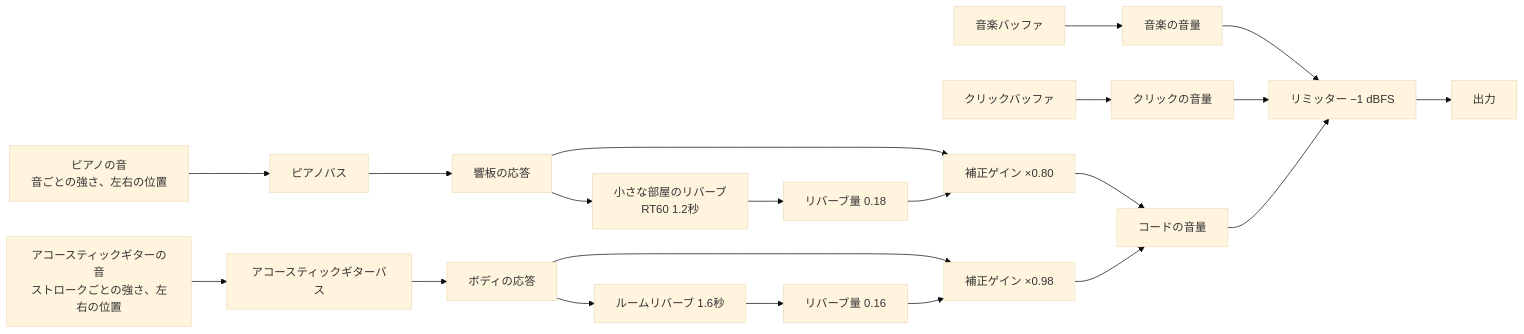
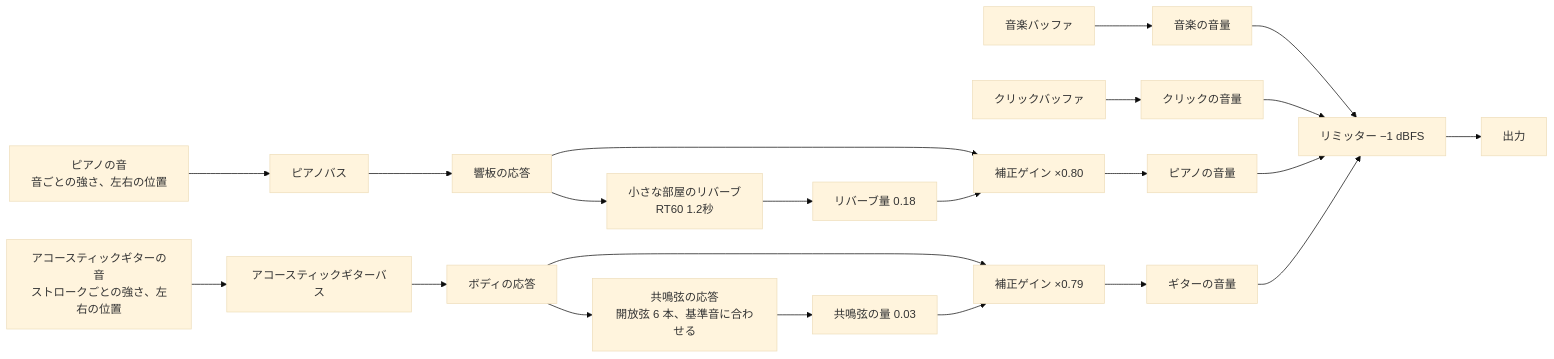
The third of 3 diagrams in README.ja.md (Velvitty/Chordity), drawn with Mermaid (base theme) before and after one commit. The commit also changed other lines of this file and 9 other files, not shown here.

````diff
--- a/README.ja.md
+++ b/README.ja.md
@@ -1419,17 +1419,18 @@
 ```mermaid
 flowchart LR
   M["音楽バッファ"] --> GM["音楽の音量"]
   C["クリックバッファ"] --> GC["クリックの音量"]
   P["ピアノの音<br/>音ごとの強さ、左右の位置"] --> PB["ピアノバス"] --> SB["響板の応答"]
   SB --> MP["補正ゲイン ×0.80"]
   SB --> RP["小さな部屋のリバーブ<br/>RT60 1.2秒"] --> WP["リバーブ量 0.18"] --> MP
   G["アコースティックギターの音<br/>ストロークごとの強さ、左右の位置"] --> GB["アコースティックギターバス"] --> BD["ボディの応答"]
-  BD --> MG["補正ゲイン ×0.98"]
-  BD --> RG["ルームリバーブ 1.6秒"] --> WG["リバーブ量 0.16"] --> MG
-  MP --> GP["コードの音量"]
-  MG --> GP
+  BD --> MG["補正ゲイン ×0.79"]
+  BD --> RG["共鳴弦の応答<br/>開放弦 6 本、基準音に合わせる"] --> WG["共鳴弦の量 0.03"] --> MG
+  MP --> GP["ピアノの音量"]
+  MG --> GG["ギターの音量"]
   GM --> L["リミッター −1 dBFS"]
   GC --> L
   GP --> L
+  GG --> L
   L --> O["出力"]
 ```
````
